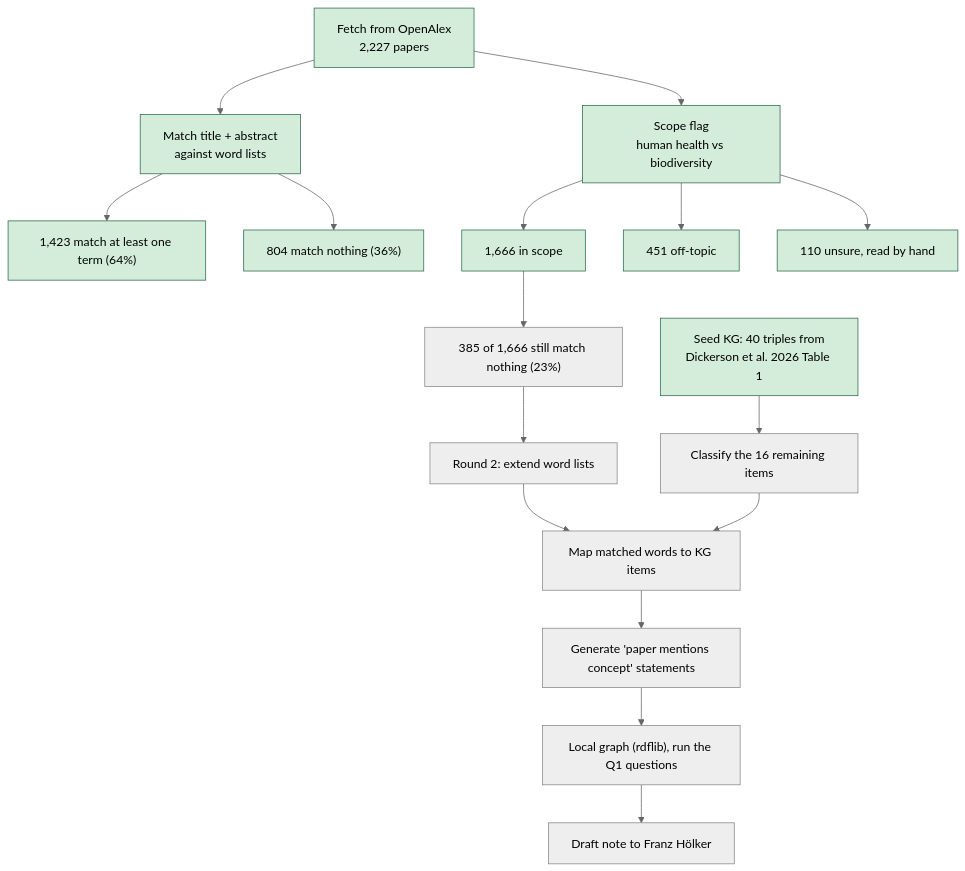
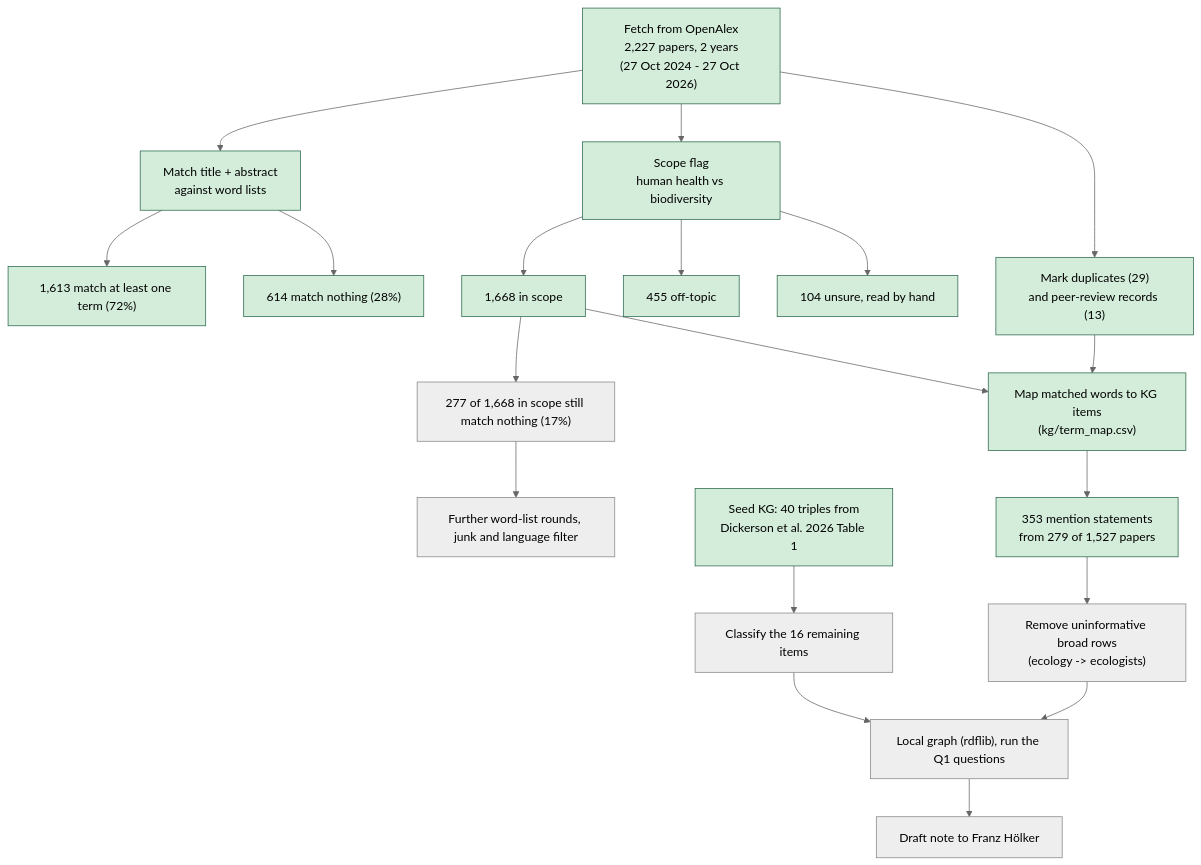
Before and after one commit to VasundharaShaw/alan-kg: the diagram in README.md, drawn with Mermaid (neutral theme). The commit also changed other lines of this file, not shown here.

Commit message:
Update README: two-year window, term map, mention statements

````diff
--- a/README.md
+++ b/README.md
@@ -169,20 +175,23 @@
 ```mermaid
 flowchart TD
-    A["Fetch from OpenAlex<br/>2,227 papers"]:::done --> B["Match title + abstract<br/>against word lists"]:::done
-    B --> C["1,423 match at least one term (64%)"]:::done
-    B --> D["804 match nothing (36%)"]:::done
+    A["Fetch from OpenAlex<br/>2,227 papers, 2 years<br/>(27 Oct 2024 - 27 Oct 2026)"]:::done --> B["Match title + abstract<br/>against word lists"]:::done
+    B --> C["1,613 match at least one term (72%)"]:::done
+    B --> D["614 match nothing (28%)"]:::done
     A --> E["Scope flag<br/>human health vs biodiversity"]:::done
-    E --> F["1,666 in scope"]:::done
-    E --> G["451 off-topic"]:::done
-    E --> H["110 unsure, read by hand"]:::done
-    F --> I["385 of 1,666 still match nothing (23%)"]:::todo
-    I --> J["Round 2: extend word lists"]:::todo
+    E --> F["1,668 in scope"]:::done
+    E --> G["455 off-topic"]:::done
+    E --> H["104 unsure, read by hand"]:::done
+    A --> M1["Mark duplicates (29)<br/>and peer-review records (13)"]:::done
+    F --> I["277 of 1,668 in scope still match nothing (17%)"]:::todo
+    I --> J["Further word-list rounds, junk and language filter"]:::todo
     S["Seed KG: 40 triples from<br/>Dickerson et al. 2026 Table 1"]:::done --> K["Classify the 16 remaining items"]:::todo
-    J --> L["Map matched words to KG items"]:::todo
-    K --> L
-    L --> M["Generate 'paper mentions concept' statements"]:::todo
-    M --> N["Local graph (rdflib), run the Q1 questions"]:::todo
-    N --> O["Draft note to Franz Hölker"]:::todo
+    F --> L["Map matched words to KG items<br/>(kg/term_map.csv)"]:::done
+    M1 --> L
+    L --> N["353 mention statements<br/>from 279 of 1,527 papers"]:::done
+    N --> P["Remove uninformative broad rows<br/>(ecology -> ecologists)"]:::todo
+    K --> Q["Local graph (rdflib), run the Q1 questions"]:::todo
+    P --> Q
+    Q --> O["Draft note to Franz Hölker"]:::todo
     classDef done fill:#d4edda,stroke:#2d6a4f,color:#000
     classDef todo fill:#eeeeee,stroke:#888888,color:#000
 ```
````
